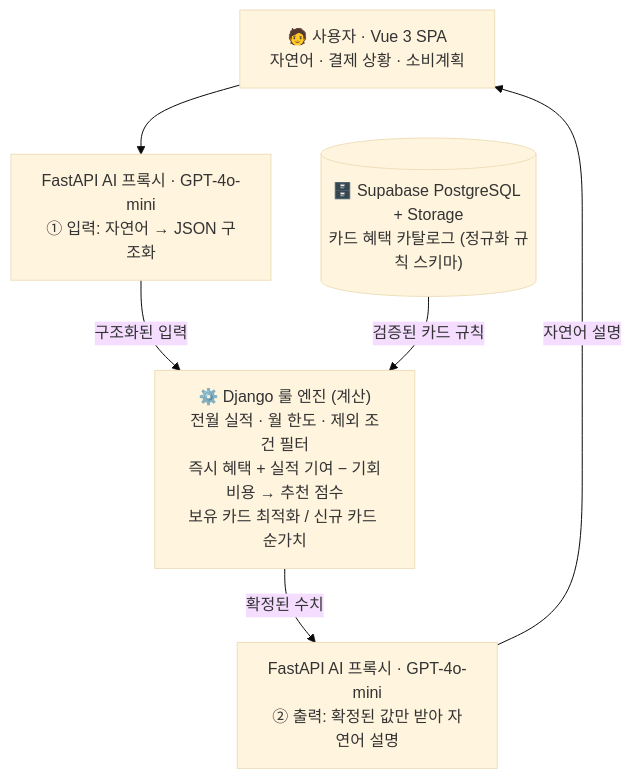
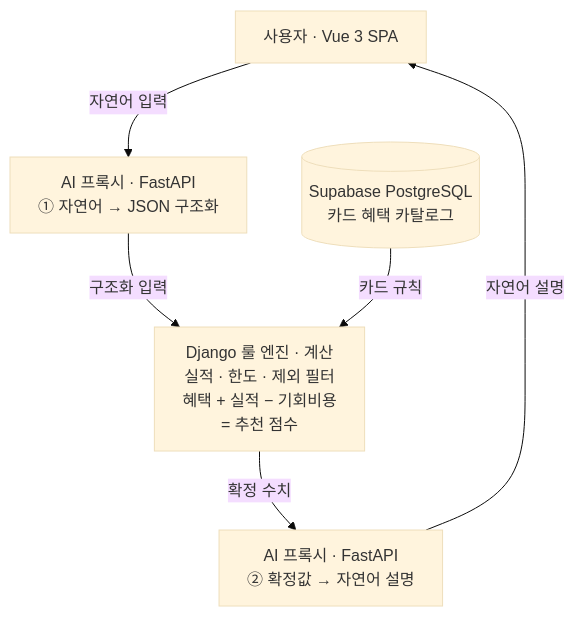
The first of 2 diagrams in README.md (whtjddlr/carch), drawn with Mermaid (base theme) before and after one commit.

Commit message:
docs: Mermaid 노드 라벨 축약으로 텍스트 잘림 수정

````diff
--- a/README.md
+++ b/README.md
@@ -57,14 +57,15 @@
 ```mermaid
+%%{init: {'flowchart': {'padding': 14, 'nodeSpacing': 55, 'rankSpacing': 55}}}%%
 flowchart TD
-    U["🧑 사용자 · Vue 3 SPA<br/>자연어 · 결제 상황 · 소비계획"]
-    AIin["FastAPI AI 프록시 · GPT-4o-mini<br/>① 입력: 자연어 → JSON 구조화"]
-    RE["⚙️ Django 룰 엔진 (계산)<br/>전월 실적 · 월 한도 · 제외 조건 필터<br/>즉시 혜택 + 실적 기여 − 기회비용 → 추천 점수<br/>보유 카드 최적화 / 신규 카드 순가치"]
-    AIout["FastAPI AI 프록시 · GPT-4o-mini<br/>② 출력: 확정된 값만 받아 자연어 설명"]
-    DB[("🗄️ Supabase PostgreSQL + Storage<br/>카드 혜택 카탈로그 (정규화 규칙 스키마)")]
+    U["사용자 · Vue 3 SPA"]
+    AIin["AI 프록시 · FastAPI<br/>① 자연어 → JSON 구조화"]
+    RE["Django 룰 엔진 · 계산<br/>실적 · 한도 · 제외 필터<br/>혜택 + 실적 − 기회비용<br/>= 추천 점수"]
+    AIout["AI 프록시 · FastAPI<br/>② 확정값 → 자연어 설명"]
+    DB[("Supabase PostgreSQL<br/>카드 혜택 카탈로그")]
 
-    U --> AIin
-    AIin -->|구조화된 입력| RE
-    RE -->|확정된 수치| AIout
-    AIout -->|자연어 설명| U
-    DB -->|검증된 카드 규칙| RE
+    U -->|"자연어 입력"| AIin
+    AIin -->|"구조화 입력"| RE
+    RE -->|"확정 수치"| AIout
+    AIout -->|"자연어 설명"| U
+    DB -->|"카드 규칙"| RE
 ```
````
